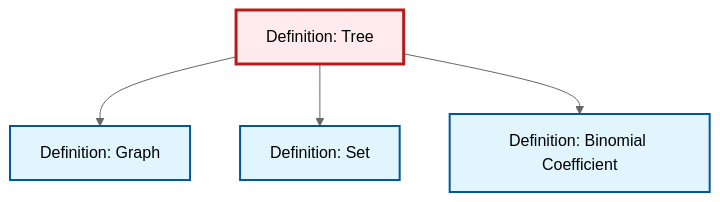
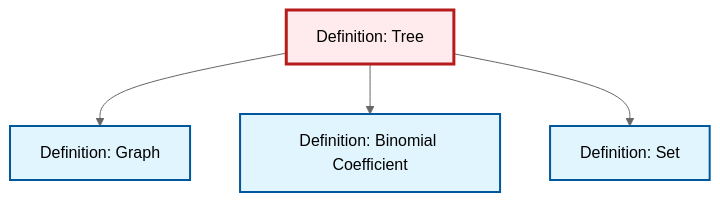
The diagram in content/ja/combinatorics/def-tree.qmd (RK0429/ModernMath), drawn with Mermaid (neutral theme) before and after one commit. The commit also changed other lines of this file and 491 other files, not shown here.

````diff
--- a/content/ja/combinatorics/def-tree.qmd
+++ b/content/ja/combinatorics/def-tree.qmd
@@ -136,20 +136,20 @@
 ```{mermaid}
 %%| fig-cap: "Local dependency graph"
 graph TD
     classDef definition fill:#e1f5fe,stroke:#01579b,stroke-width:2px
     classDef theorem fill:#f3e5f5,stroke:#4a148c,stroke-width:2px
     classDef axiom fill:#fff3e0,stroke:#e65100,stroke-width:2px
     classDef example fill:#e8f5e9,stroke:#1b5e20,stroke-width:2px
     classDef current fill:#ffebee,stroke:#b71c1c,stroke-width:3px
-    def-set["Definition: Set"]:::definition
+    def-tree["Definition: Tree"]:::definition
     def-binomial-coefficient["Definition: Binomial Coefficient"]:::definition
     def-graph["Definition: Graph"]:::definition
-    def-tree["Definition: Tree"]:::definition
+    def-set["Definition: Set"]:::definition
     def-tree --> def-graph
+    def-tree --> def-binomial-coefficient
     def-tree --> def-set
-    def-tree --> def-binomial-coefficient
     class def-tree current
-    click def-set "def-set.html" "Definition: Setへ"
     click def-binomial-coefficient "def-binomial-coefficient.html" "Definition: Binomial Coefficientへ"
     click def-graph "def-graph.html" "Definition: Graphへ"
+    click def-set "def-set.html" "Definition: Setへ"
 ```
````
